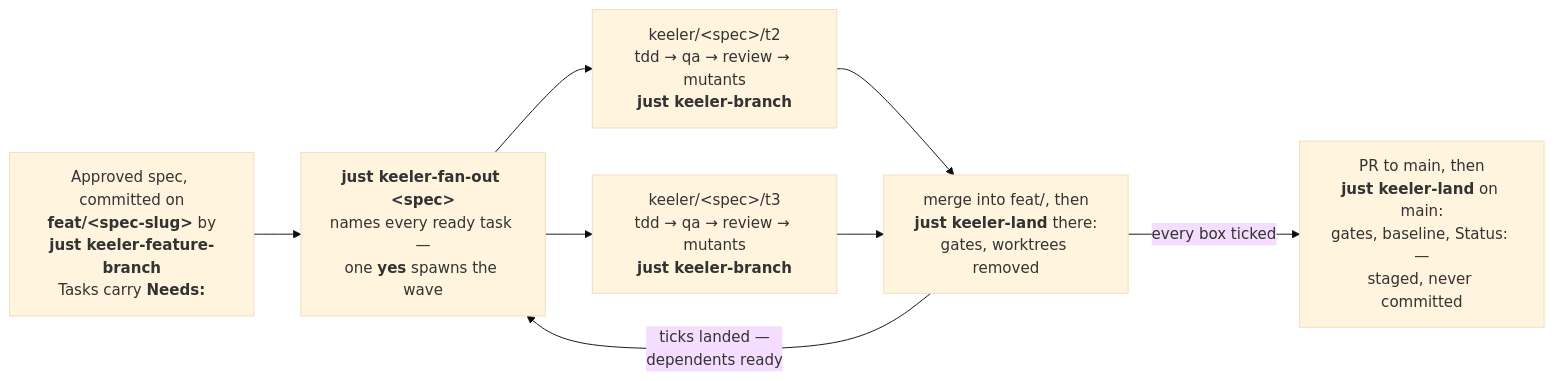
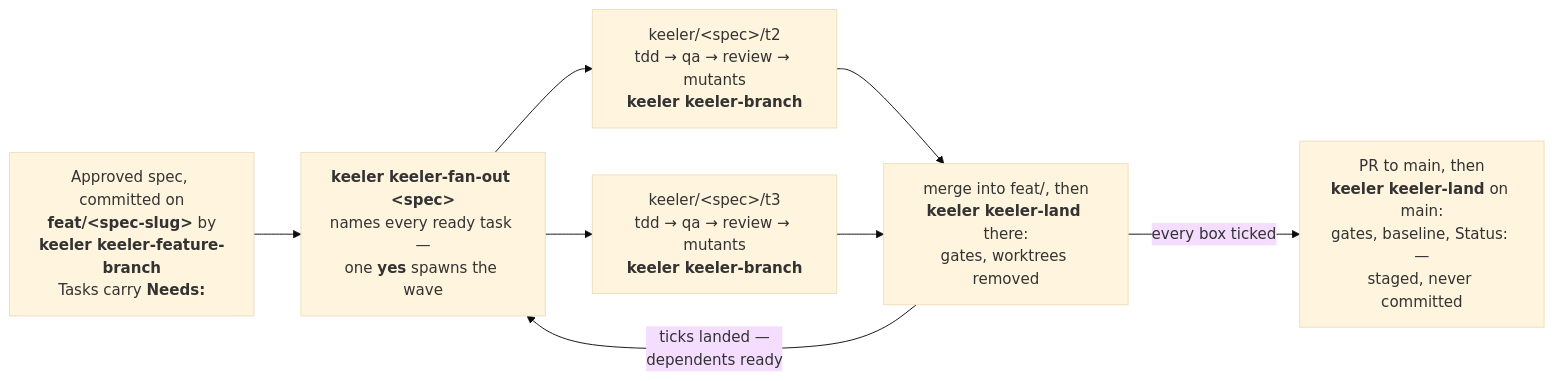
Before and after one commit to minikin/keeler: the third of 3 diagrams in docs/KEELER.md, drawn with Mermaid (base theme). The commit also changed other lines of this file and 8 other files, not shown here.

````diff
--- a/docs/KEELER.md
+++ b/docs/KEELER.md
@@ -122,10 +122,10 @@
 ```mermaid
 flowchart LR
-    S["Approved spec, committed on<br/><b>feat/&lt;spec-slug&gt;</b> by<br/><b>just keeler-feature-branch</b><br/>Tasks carry <b>Needs:</b>"] --> G["<b>just keeler-fan-out &lt;spec&gt;</b><br/>names every ready task —<br/>one <b>yes</b> spawns the wave"]
-    G --> B1["keeler/&lt;spec&gt;/t2<br/>tdd → qa → review → mutants<br/><b>just keeler-branch</b>"]
-    G --> B2["keeler/&lt;spec&gt;/t3<br/>tdd → qa → review → mutants<br/><b>just keeler-branch</b>"]
-    B1 --> LF["merge into feat/, then<br/><b>just keeler-land</b> there:<br/>gates, worktrees removed"]
+    S["Approved spec, committed on<br/><b>feat/&lt;spec-slug&gt;</b> by<br/><b>keeler keeler-feature-branch</b><br/>Tasks carry <b>Needs:</b>"] --> G["<b>keeler keeler-fan-out &lt;spec&gt;</b><br/>names every ready task —<br/>one <b>yes</b> spawns the wave"]
+    G --> B1["keeler/&lt;spec&gt;/t2<br/>tdd → qa → review → mutants<br/><b>keeler keeler-branch</b>"]
+    G --> B2["keeler/&lt;spec&gt;/t3<br/>tdd → qa → review → mutants<br/><b>keeler keeler-branch</b>"]
+    B1 --> LF["merge into feat/, then<br/><b>keeler keeler-land</b> there:<br/>gates, worktrees removed"]
     B2 --> LF
     LF -- "ticks landed —<br/>dependents ready" --> G
-    LF -- "every box ticked" --> LM["PR to main, then<br/><b>just keeler-land</b> on main:<br/>gates, baseline, Status: —<br/>staged, never committed"]
+    LF -- "every box ticked" --> LM["PR to main, then<br/><b>keeler keeler-land</b> on main:<br/>gates, baseline, Status: —<br/>staged, never committed"]
 ```
````
